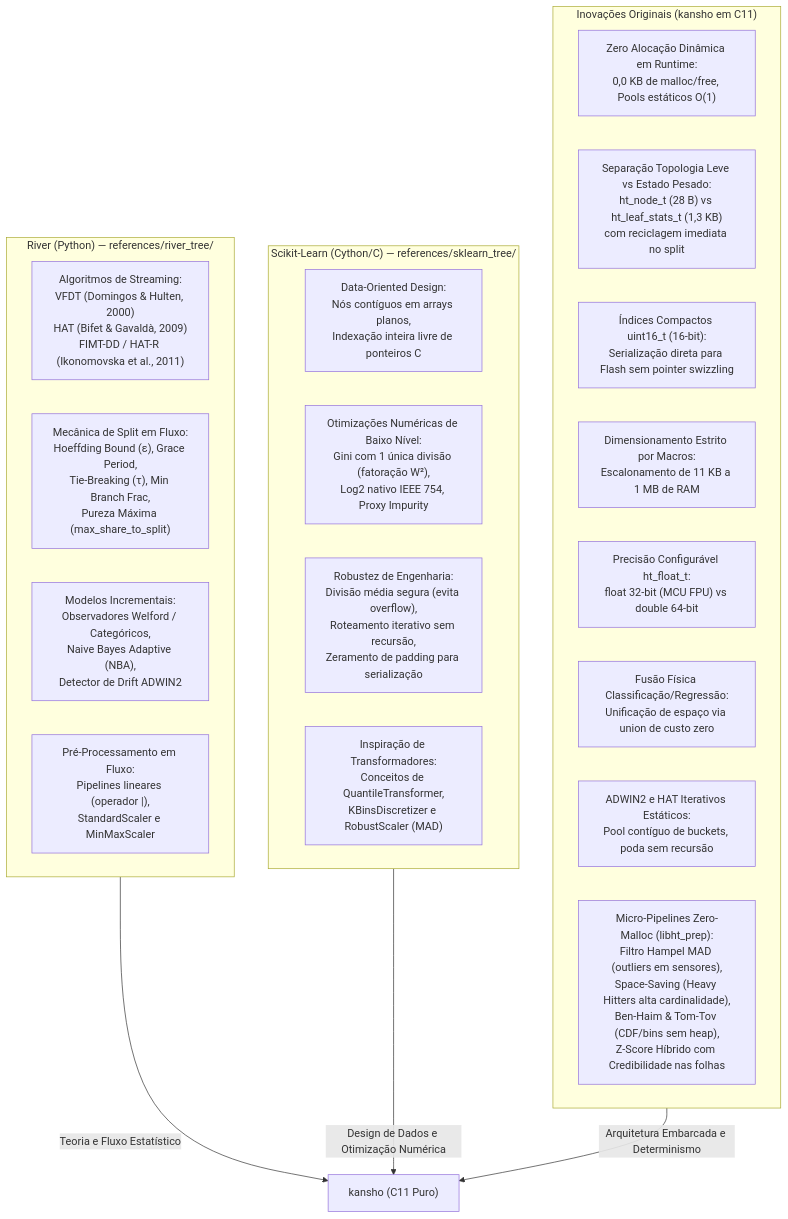
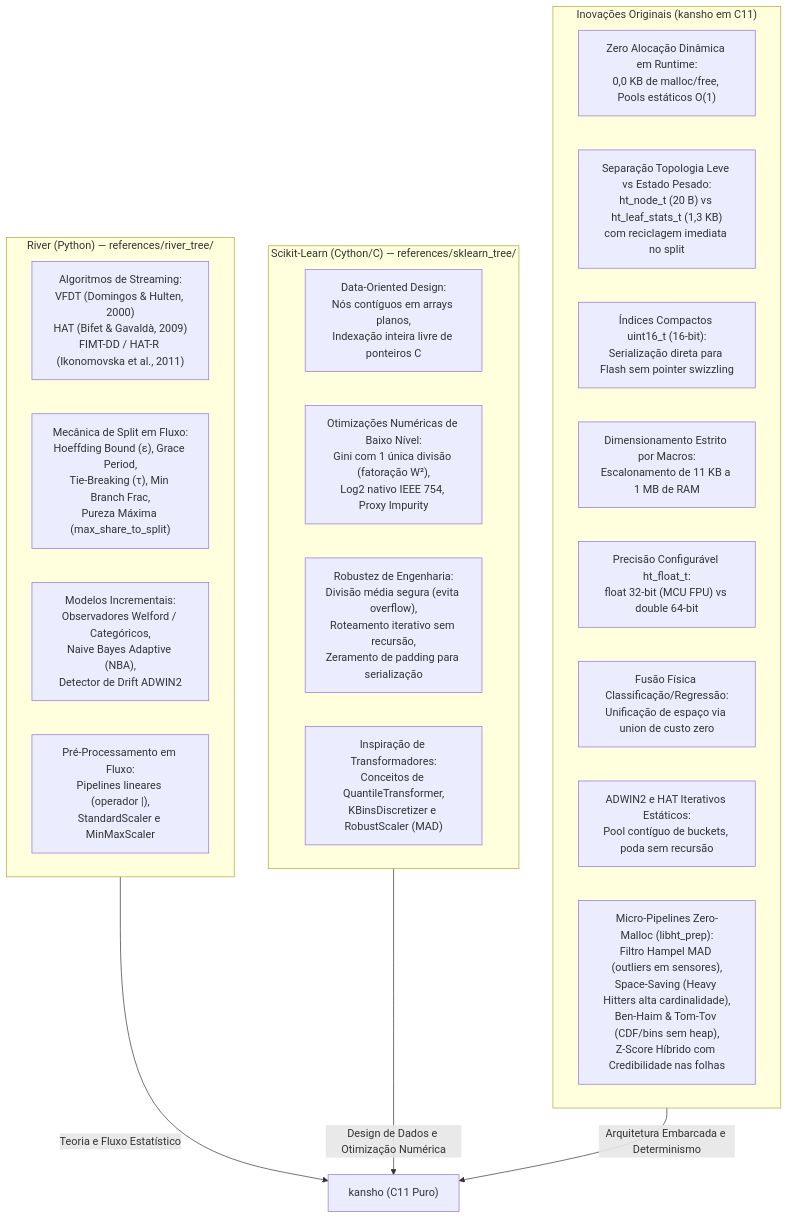
The first of 3 diagrams in wiki/Origem-River-Scikit-Learn-e-Originalidade.md (Julio-C-Oliveira/pessoal_minimal-decision-tree), drawn with Mermaid before and after one commit. The commit also changed other lines of this file and 8 other files, not shown here.

````diff
--- a/wiki/Origem-River-Scikit-Learn-e-Originalidade.md
+++ b/wiki/Origem-River-Scikit-Learn-e-Originalidade.md
@@ -9,31 +9,31 @@
 ```mermaid
 flowchart TD
     subgraph RIVER["River (Python) — references/river_tree/"]
         R1["Algoritmos de Streaming:<br/>VFDT (Domingos & Hulten, 2000)<br/>HAT (Bifet & Gavaldà, 2009)<br/>FIMT-DD / HAT-R (Ikonomovska et al., 2011)"]
         R2["Mecânica de Split em Fluxo:<br/>Hoeffding Bound (ε), Grace Period,<br/>Tie-Breaking (τ), Min Branch Frac,<br/>Pureza Máxima (max_share_to_split)"]
         R3["Modelos Incrementais:<br/>Observadores Welford / Categóricos,<br/>Naive Bayes Adaptive (NBA),<br/>Detector de Drift ADWIN2"]
         R4["Pré-Processamento em Fluxo:<br/>Pipelines lineares (operador |),<br/>StandardScaler e MinMaxScaler"]
     end
 
     subgraph SKLEARN["Scikit-Learn (Cython/C) — references/sklearn_tree/"]
         S1["Data-Oriented Design:<br/>Nós contíguos em arrays planos,<br/>Indexação inteira livre de ponteiros C"]
         S2["Otimizações Numéricas de Baixo Nível:<br/>Gini com 1 única divisão (fatoração W²),<br/>Log2 nativo IEEE 754, Proxy Impurity"]
         S3["Robustez de Engenharia:<br/>Divisão média segura (evita overflow),<br/>Roteamento iterativo sem recursão,<br/>Zeramento de padding para serialização"]
         S4["Inspiração de Transformadores:<br/>Conceitos de QuantileTransformer,<br/>KBinsDiscretizer e RobustScaler (MAD)"]
     end
 
     subgraph ORIGINAL["Inovações Originais (kansho em C11)"]
         O1["Zero Alocação Dinâmica em Runtime:<br/>0,0 KB de malloc/free, Pools estáticos O(1)"]
-        O2["Separação Topologia Leve vs Estado Pesado:<br/>ht_node_t (28 B) vs ht_leaf_stats_t (1,3 KB)<br/>com reciclagem imediata no split"]
+        O2["Separação Topologia Leve vs Estado Pesado:<br/>ht_node_t (20 B) vs ht_leaf_stats_t (1,3 KB)<br/>com reciclagem imediata no split"]
         O3["Índices Compactos uint16_t (16-bit):<br/>Serialização direta para Flash sem pointer swizzling"]
         O4["Dimensionamento Estrito por Macros:<br/>Escalonamento de 11 KB a 1 MB de RAM"]
         O5["Precisão Configurável ht_float_t:<br/>float 32-bit (MCU FPU) vs double 64-bit"]
         O6["Fusão Física Classificação/Regressão:<br/>Unificação de espaço via union de custo zero"]
         O7["ADWIN2 e HAT Iterativos Estáticos:<br/>Pool contíguo de buckets, poda sem recursão"]
         O8["Micro-Pipelines Zero-Malloc (libht_prep):<br/>Filtro Hampel MAD (outliers em sensores),<br/>Space-Saving (Heavy Hitters alta cardinalidade),<br/>Ben-Haim & Tom-Tov (CDF/bins sem heap),<br/>Z-Score Híbrido com Credibilidade nas folhas"]
     end
 
     RIVER --> |"Teoria e Fluxo Estatístico"| MDT["kansho (C11 Puro)"]
     SKLEARN --> |"Design de Dados e Otimização Numérica"| MDT
     ORIGINAL --> |"Arquitetura Embarcada e Determinismo"| MDT
 ```
````
